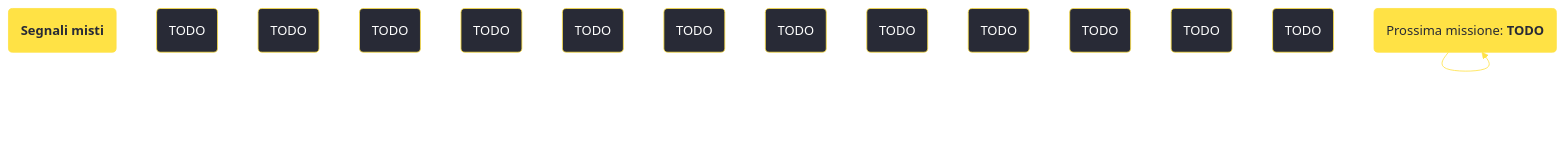
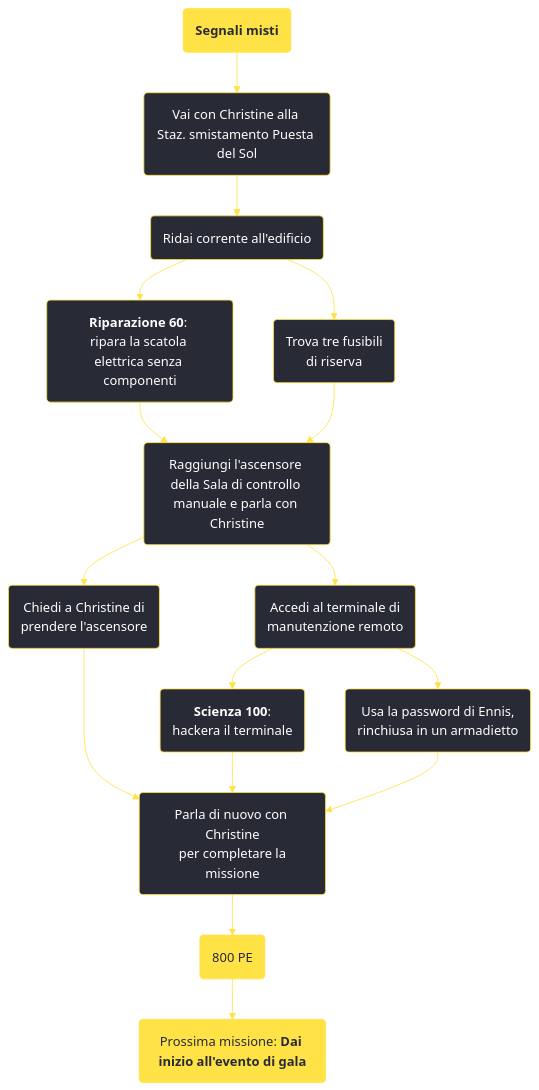
The diagram in content/voci/fallout new vegas/missioni/Segnali misti.md (persy/wastelander), drawn with Mermaid before and after one commit. The commit also changed 174 other files, not shown here.

````diff
--- a/content/voci/fallout new vegas/missioni/Segnali misti.md
+++ b/content/voci/fallout new vegas/missioni/Segnali misti.md
@@ -32,24 +32,25 @@
 ```mermaid
 %%{init: {'theme': 'base', 'themeVariables': { 'primaryColor': '#282a36', 'primaryBorderColor': '#ffe245', 'primaryTextColor': '#fff', 'lineColor': '#ffe245', 'fontFamily': 'Jura'}}}%%
 graph TD;
     id1(<b>Segnali misti</b>):::questfnv
-    id2(TODO)
-    id3(TODO)
-    id4(TODO)
-    id5(TODO)
-    id6(TODO)
-    id7(TODO) 
-    id8(TODO)
-    id9(TODO)
-    id10(TODO)
-    id11(TODO)
-    id12(TODO)
-    id13(TODO) 
-    id(TODO):::rewardfnv
-    id(Prossima missione: <b>TODO</b>):::questfnv
-    id-->id-->id-->id-->id-->id-->id
+    id2(Vai con Christine alla <br />Staz. smistamento Puesta del Sol)
+    id3(Ridai corrente all'edificio)
+    id4(<b>Riparazione 60</b>: <br />ripara la scatola <br />elettrica senza componenti)
+    id5(Trova tre fusibili <br />di riserva)
+    id6(Raggiungi l'ascensore <br />della Sala di controllo <br />manuale e parla con Christine)
+    id7(Chiedi a Christine di <br />prendere l'ascensore) 
+    id8(Accedi al terminale di <br />manutenzione remoto)
+    id9(<b>Scienza 100</b>: <br />hackera il terminale)
+    id10(Usa la password di Ennis, <br />rinchiusa in un armadietto)
+    id11(Parla di nuovo con Christine<br /> per completare la missione)
+    id12(800 PE):::rewardfnv
+    id13(Prossima missione: <b>Dai inizio all'evento di gala</b>):::questfnv
     
-    click id "../TODO"
+    id1-->id2-->id3-->id4 & id5-->id6-->id7 & id8
+    id7--->id11
+    id8-->id9 & id10-->id11-->id12-->id13
+    
+    click id13 "../dai-inizio-allevento-di-gala"
     classDef rewardfnv fill:#ffe245, stroke:#ffe245, color:#282a36;
     classDef questfnv fill:#ffe245, stroke:#ffe245, color:#282a36;
 ```
````
